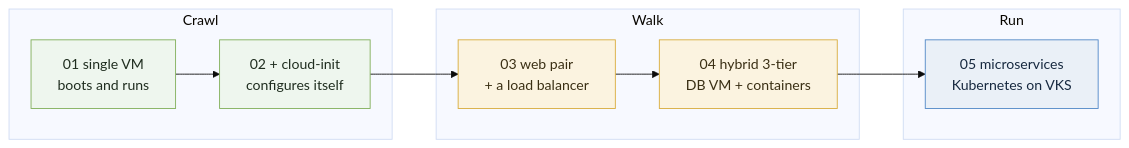
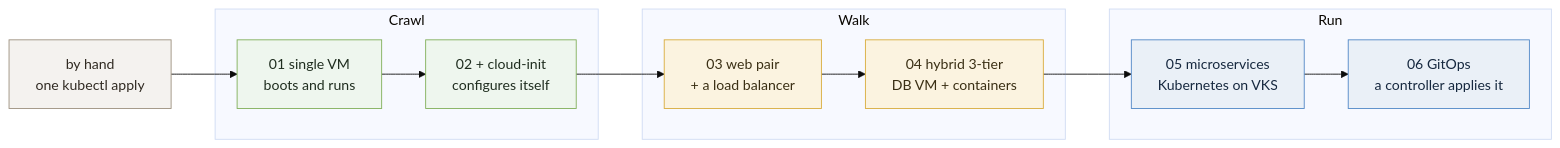
The diagram in handbook/day1-provisioning/README.md (privatecloudarchitect/privatecloudarchitect.com), drawn with Mermaid (base theme) before and after one commit. The commit also changed other lines of this file and 19 other files, not shown here.

````diff
--- a/handbook/day1-provisioning/README.md
+++ b/handbook/day1-provisioning/README.md
@@ -16,21 +16,25 @@
 ```mermaid
 flowchart LR
+    T0["by hand<br/>one kubectl apply"]
     subgraph Crawl
         T1["01 single VM<br/>boots and runs"]
         T2["02 + cloud-init<br/>configures itself"]
     end
     subgraph Walk
         T3["03 web pair<br/>+ a load balancer"]
         T4["04 hybrid 3-tier<br/>DB VM + containers"]
     end
     subgraph Run
         T5["05 microservices<br/>Kubernetes on VKS"]
+        T6["06 GitOps<br/>a controller applies it"]
     end
-    T1 --> T2 --> T3 --> T4 --> T5
+    T0 --> T1 --> T2 --> T3 --> T4 --> T5 --> T6
     classDef crawl fill:#eef6ee,stroke:#7fae57,color:#1f2d1f
     classDef walk fill:#fbf3e0,stroke:#d8ab3a,color:#3a2f14
     classDef run fill:#eaf0f7,stroke:#4f86c6,color:#16283f
+    classDef pre fill:#f4f2ef,stroke:#9c8f7d,color:#302a22
+    class T0 pre
     class T1,T2 crawl
     class T3,T4 walk
-    class T5 run
+    class T5,T6 run
 ```
````
